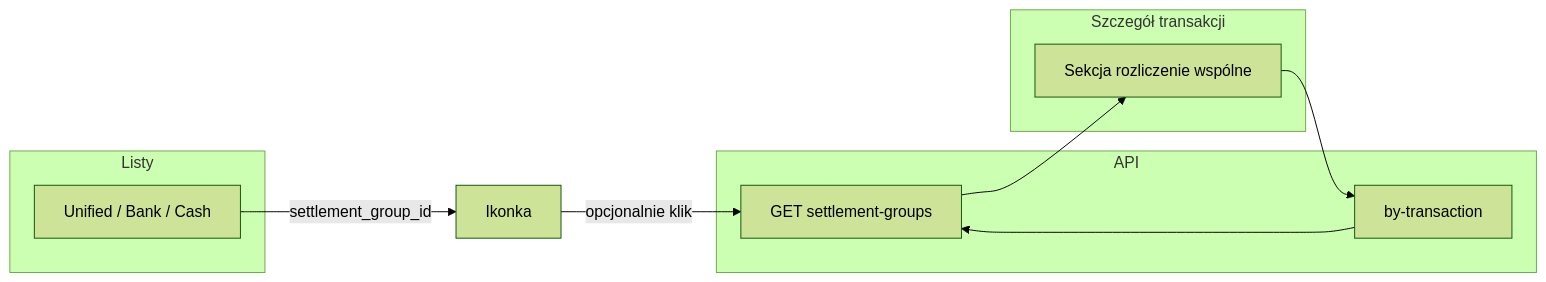
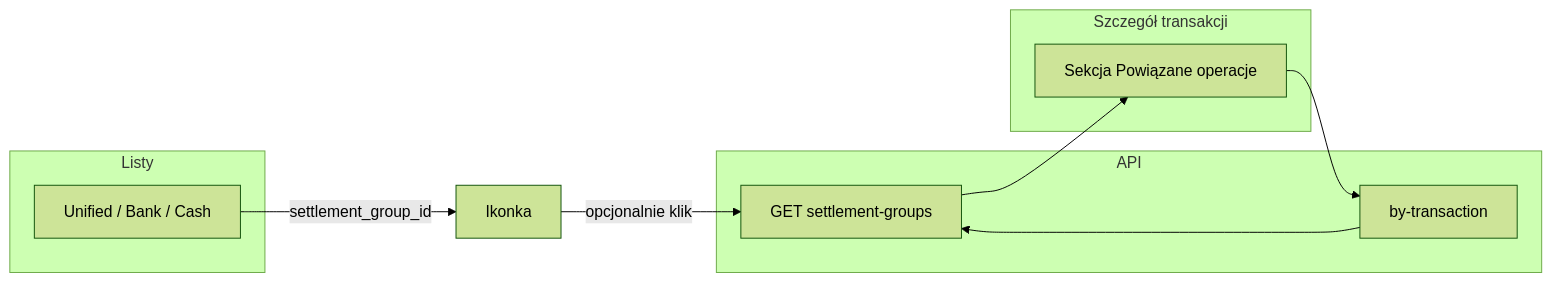
One commit to pswierblewski/eye-budget changed the diagram in docs/superpowers/specs/2026-04-22-transaction-settlement-bundles-design.md. Above: the diagram before and after it, drawn with Mermaid (forest theme). The commit also changed other lines of this file, not shown here.

Commit message:
docs: lock product name to Powiązane operacje in settlement spec

````diff
--- a/docs/superpowers/specs/2026-04-22-transaction-settlement-bundles-design.md
+++ b/docs/superpowers/specs/2026-04-22-transaction-settlement-bundles-design.md
@@ -211,18 +210,18 @@
 ```mermaid
 flowchart LR
   subgraph list [Listy]
     U[Unified / Bank / Cash]
   end
   subgraph detail [Szczegół transakcji]
-    D[Sekcja rozliczenie wspólne]
+    D[Sekcja Powiązane operacje]
   end
   subgraph api [API]
     G[GET settlement-groups]
     T[by-transaction]
   end
   U -->|settlement_group_id| I[Ikonka]
   I -->|opcjonalnie klik| G
   D --> T
   T --> G
   G --> D
 ```
````
